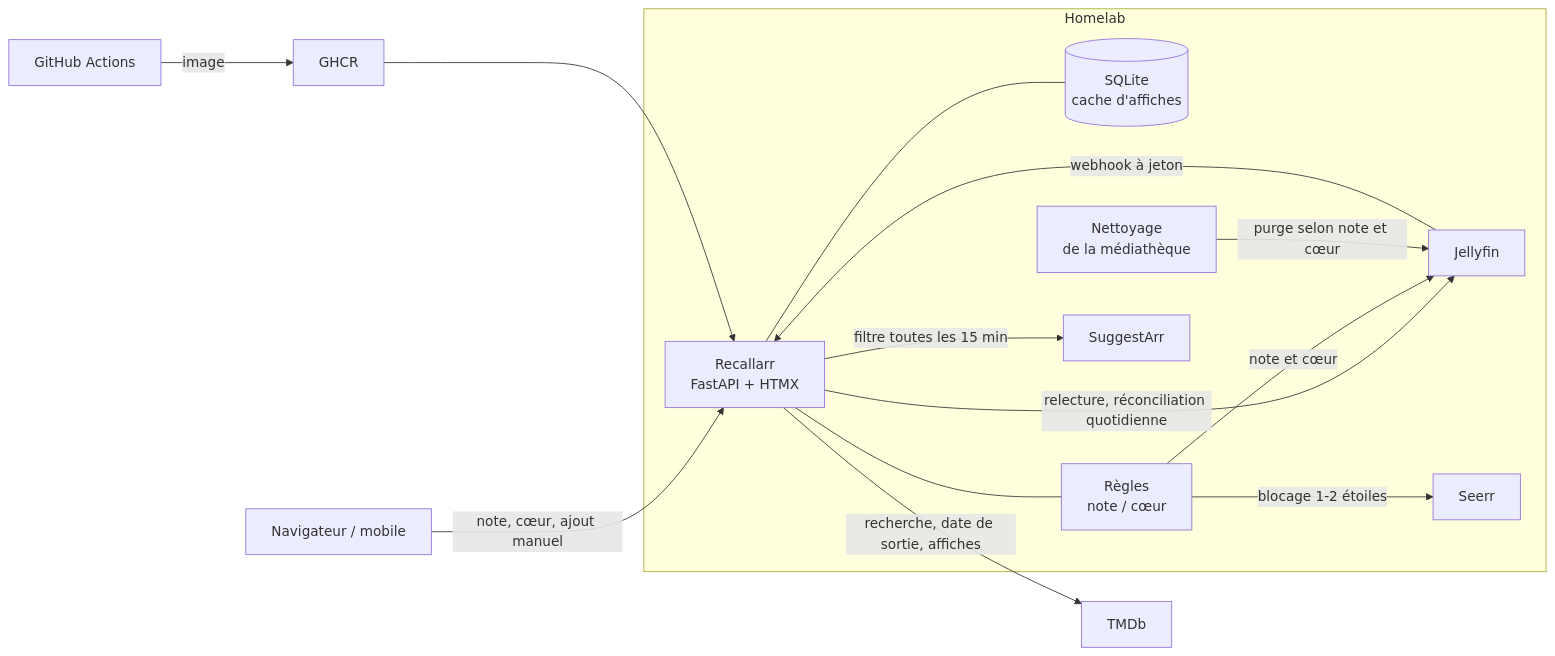
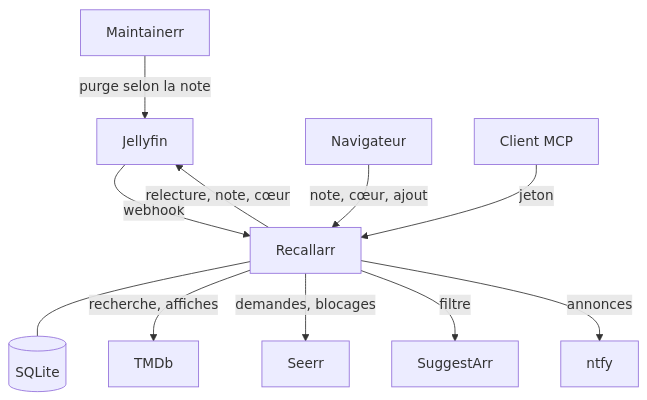
One commit to sedelpeuch/sedelpeuch.github.io changed the diagram in docs/projects/personnel/recallarr.md. Above: the diagram before and after it, drawn with Mermaid. The commit also changed other lines of this file and 28 other files, not shown here.

````diff
--- a/docs/projects/personnel/recallarr.md
+++ b/docs/projects/personnel/recallarr.md
@@ -89,17 +56,13 @@
 ```mermaid
-flowchart LR
-  user["Navigateur / mobile"] -->|note, cœur, ajout manuel| app
-  subgraph homelab["Homelab"]
-    jf["Jellyfin"] -->|webhook à jeton| app["Recallarr<br/>FastAPI + HTMX"]
-    app -->|relecture, réconciliation quotidienne| jf
-    app --- db[("SQLite<br/>cache d'affiches")]
-    app --- rules["Règles<br/>note / cœur"]
-    rules -->|note et cœur| jf
-    clean["Nettoyage<br/>de la médiathèque"] -->|purge selon note et cœur| jf
-    rules -->|blocage 1-2 étoiles| seerr["Seerr"]
-    app -->|filtre toutes les 15 min| sugg["SuggestArr"]
-  end
-  app -->|recherche, date de sortie, affiches| tmdb["TMDb"]
-  ci["GitHub Actions"] -->|image| ghcr["GHCR"]
-  ghcr --> app
+flowchart TD
+  jf["Jellyfin"] -->|webhook| app["Recallarr"]
+  user["Navigateur"] -->|"note, cœur, ajout"| app
+  mcp["Client MCP"] -->|jeton| app
+  app -->|"relecture, note, cœur"| jf
+  app --- db[("SQLite")]
+  app -->|"recherche, affiches"| tmdb["TMDb"]
+  app -->|"demandes, blocages"| seerr["Seerr"]
+  app -->|filtre| sugg["SuggestArr"]
+  app -->|annonces| ntfy["ntfy"]
+  maint["Maintainerr"] -->|"purge selon la note"| jf
 ```
````
